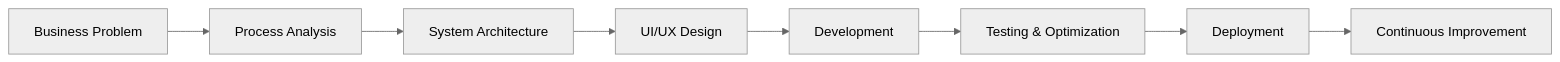
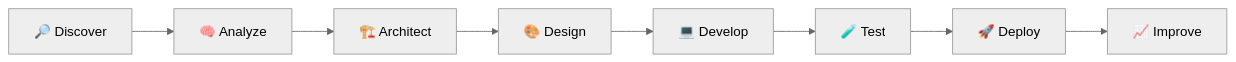
The diagram in README.md (Faizal-dev13/Faizal-dev13), drawn with Mermaid (neutral theme) before and after one commit. The commit also changed other lines of this file, not shown here.

````diff
--- a/README.md
+++ b/README.md
@@ -147,10 +262,10 @@
 ```mermaid
 flowchart LR
-    A[Business Problem] --> B[Process Analysis]
-    B --> C[System Architecture]
-    C --> D[UI/UX Design]
-    D --> E[Development]
-    E --> F[Testing & Optimization]
-    F --> G[Deployment]
-    G --> H[Continuous Improvement]
+    A["🔎 Discover"] --> B["🧠 Analyze"]
+    B --> C["🏗️ Architect"]
+    C --> D["🎨 Design"]
+    D --> E["💻 Develop"]
+    E --> F["🧪 Test"]
+    F --> G["🚀 Deploy"]
+    G --> H["📈 Improve"]
 ```
````
